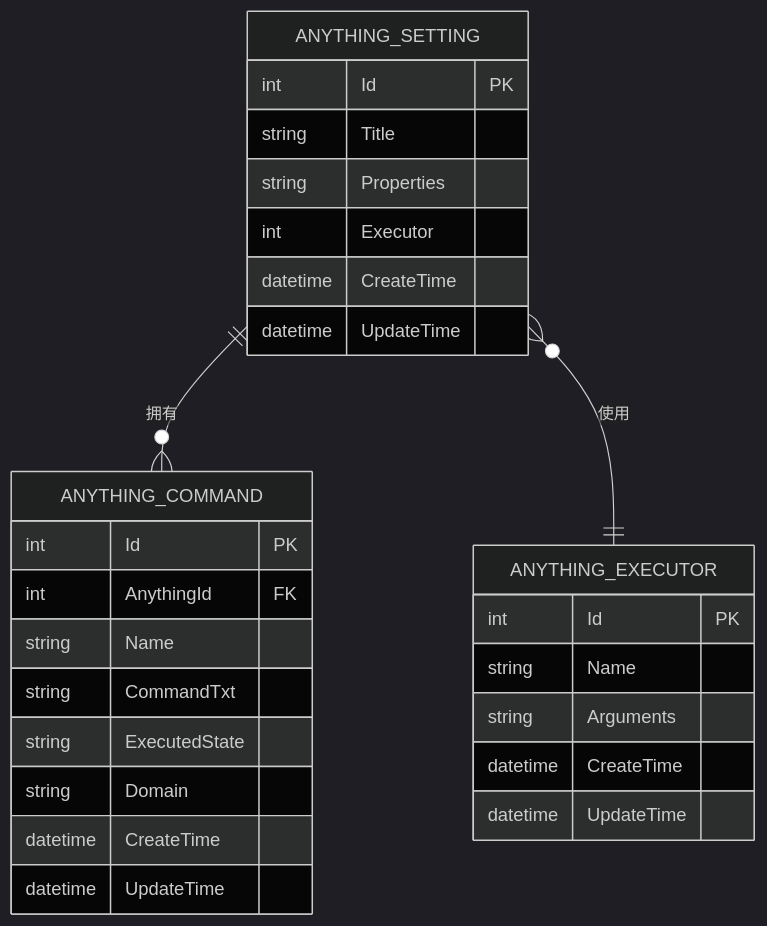
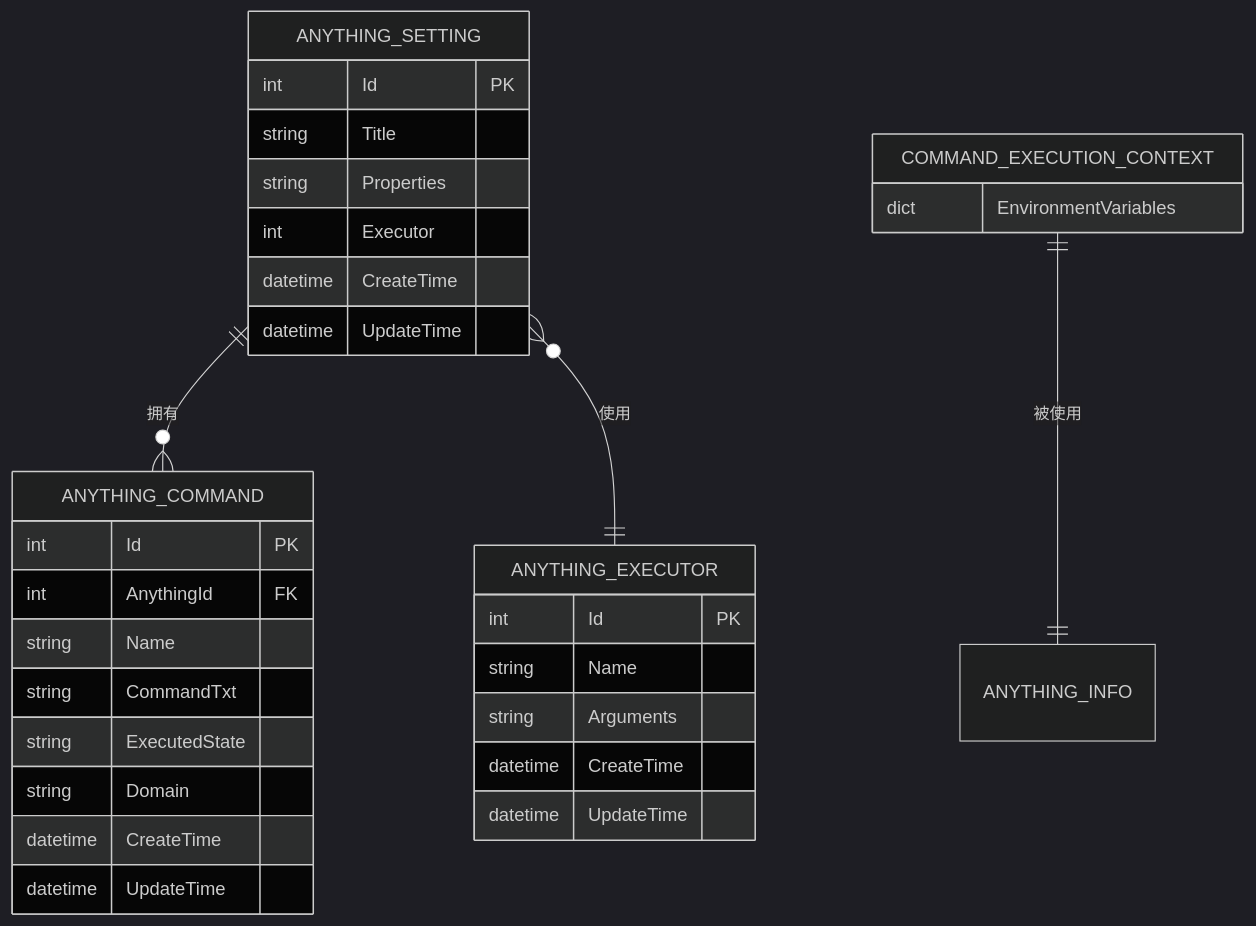
Before and after one commit to Sosososolong/AirGo: the fourth of 8 diagrams in .qoder/repowiki/zh/content/远程主机管理模块/AnythingService 核心功能.md, drawn with Mermaid (dark theme). The commit also changed other lines of this file and 7 other files, not shown here.

````diff
--- a/.qoder/repowiki/zh/content/远程主机管理模块/AnythingService 核心功能.md
+++ b/.qoder/repowiki/zh/content/远程主机管理模块/AnythingService 核心功能.md
@@ -233,30 +288,34 @@
 ```mermaid
 erDiagram
 ANYTHING_SETTING {
 int Id PK
 string Title
 string Properties
 int Executor
 datetime CreateTime
 datetime UpdateTime
 }
 ANYTHING_COMMAND {
 int Id PK
 int AnythingId FK
 string Name
 string CommandTxt
 string ExecutedState
 string Domain
 datetime CreateTime
 datetime UpdateTime
 }
 ANYTHING_EXECUTOR {
 int Id PK
 string Name
 string Arguments
 datetime CreateTime
 datetime UpdateTime
 }
+COMMAND_EXECUTION_CONTEXT {
+dict EnvironmentVariables
+}
 ANYTHING_SETTING ||--o{ ANYTHING_COMMAND : "拥有"
 ANYTHING_SETTING }o--|| ANYTHING_EXECUTOR : "使用"
+COMMAND_EXECUTION_CONTEXT ||--|| ANYTHING_INFO : "被使用"
 ```
````
